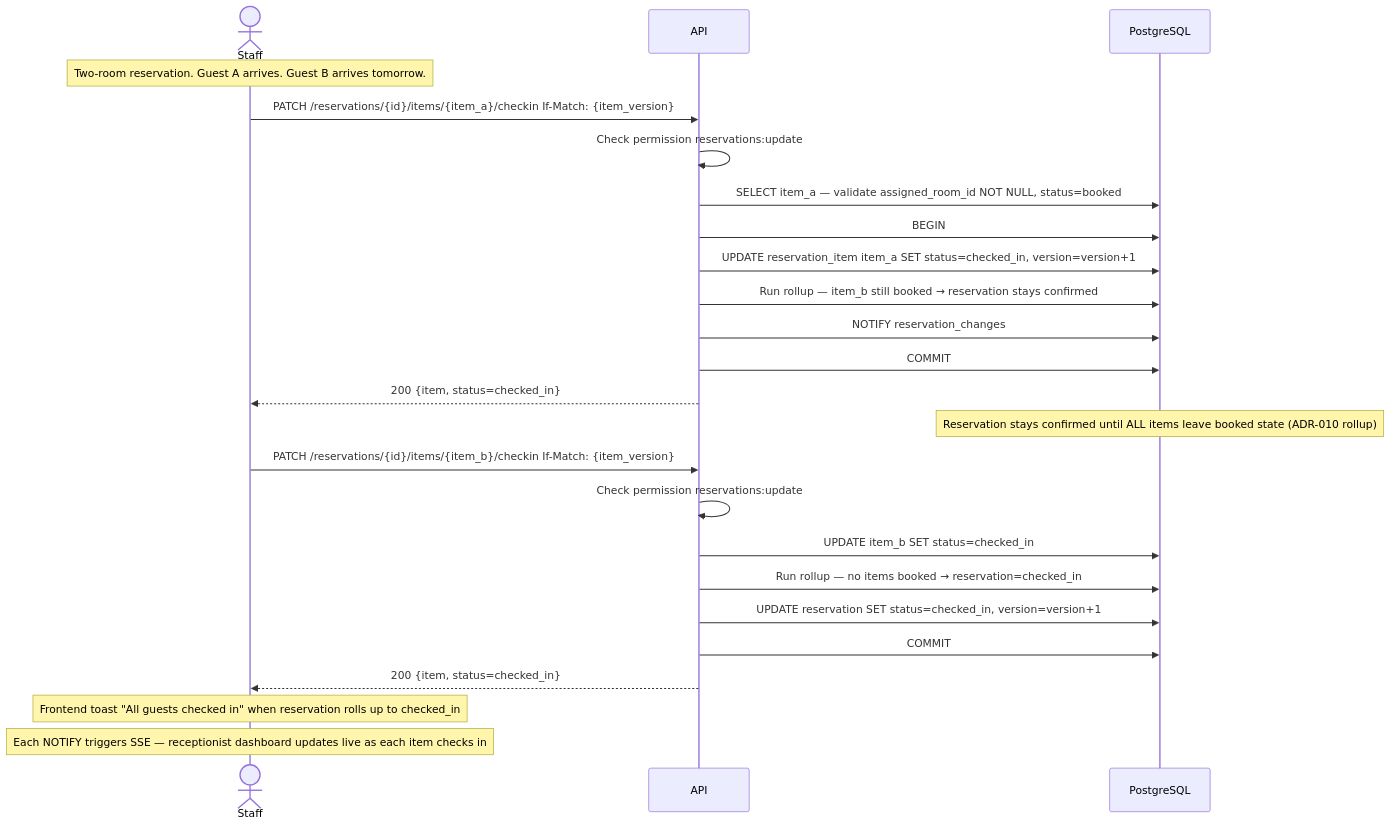
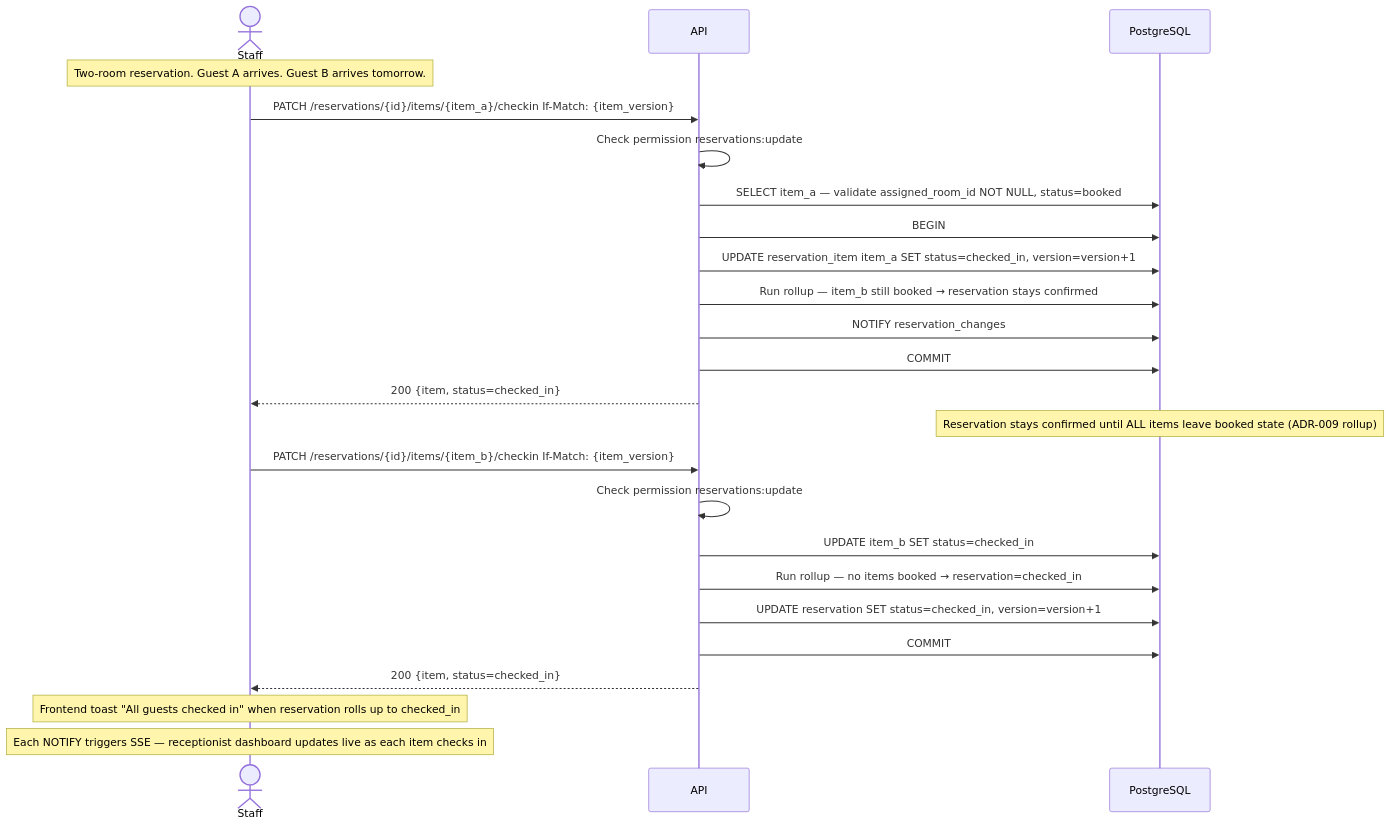
Before and after one commit to mallytj/yop-pms: diagram 16 of 33 in docs/flows/reservations.md, drawn with Mermaid. The commit also changed other lines of this file and 2 other files, not shown here.

First line of the commit message:
Fix stale ADR refs flagged in PR review

````diff
--- a/docs/flows/reservations.md
+++ b/docs/flows/reservations.md
@@ -795,30 +795,30 @@
 ```mermaid
 sequenceDiagram
     actor Staff
     participant API
     participant DB as PostgreSQL
 
     Note over Staff: Two-room reservation. Guest A arrives. Guest B arrives tomorrow.
 
     Staff->>API: PATCH /reservations/{id}/items/{item_a}/checkin If-Match: {item_version}
     API->>API: Check permission reservations:update
     API->>DB: SELECT item_a — validate assigned_room_id NOT NULL, status=booked
     API->>DB: BEGIN
     API->>DB: UPDATE reservation_item item_a SET status=checked_in, version=version+1
     API->>DB: Run rollup — item_b still booked → reservation stays confirmed
     API->>DB: NOTIFY reservation_changes
     API->>DB: COMMIT
     API-->>Staff: 200 {item, status=checked_in}
 
-    Note over DB: Reservation stays confirmed until ALL items leave booked state (ADR-010 rollup)
+    Note over DB: Reservation stays confirmed until ALL items leave booked state (ADR-009 rollup)
 
     Staff->>API: PATCH /reservations/{id}/items/{item_b}/checkin If-Match: {item_version}
     API->>API: Check permission reservations:update
     API->>DB: UPDATE item_b SET status=checked_in
     API->>DB: Run rollup — no items booked → reservation=checked_in
     API->>DB: UPDATE reservation SET status=checked_in, version=version+1
     API->>DB: COMMIT
     API-->>Staff: 200 {item, status=checked_in}
     Note over Staff: Frontend toast "All guests checked in" when reservation rolls up to checked_in
     Note over Staff: Each NOTIFY triggers SSE — receptionist dashboard updates live as each item checks in
 ```
````
